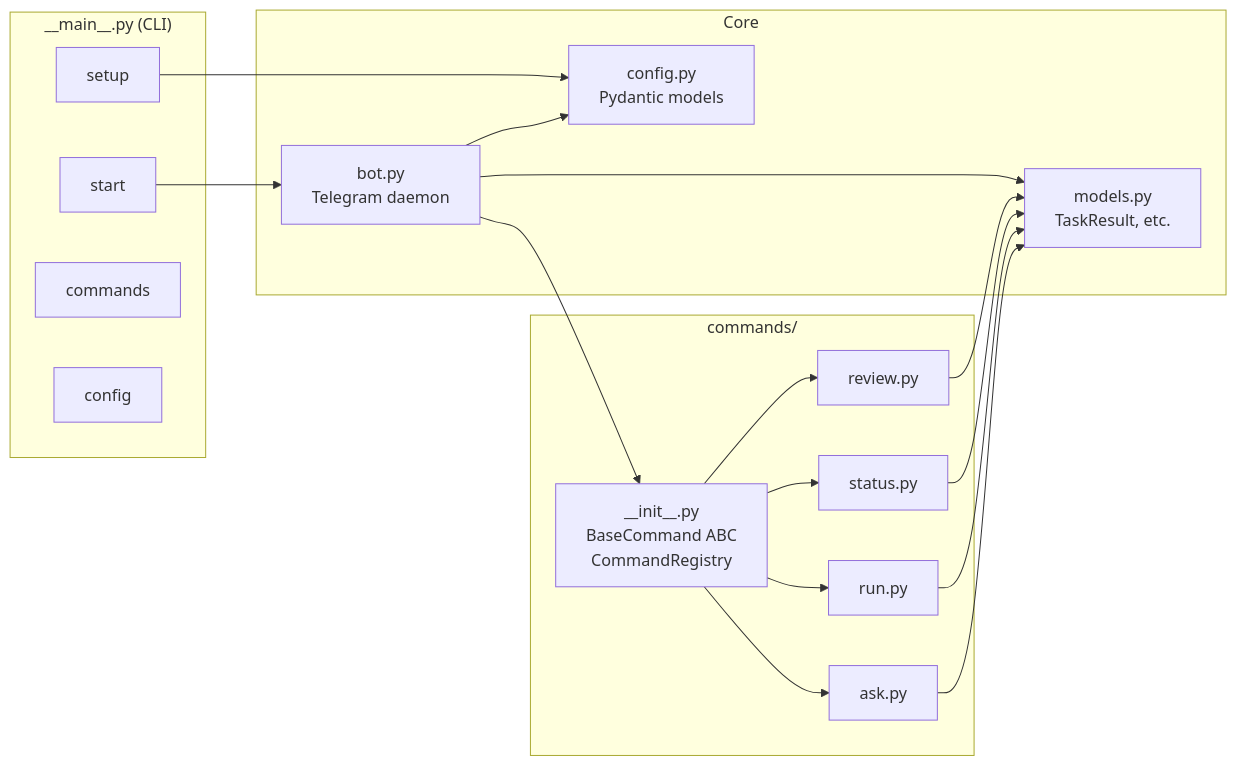
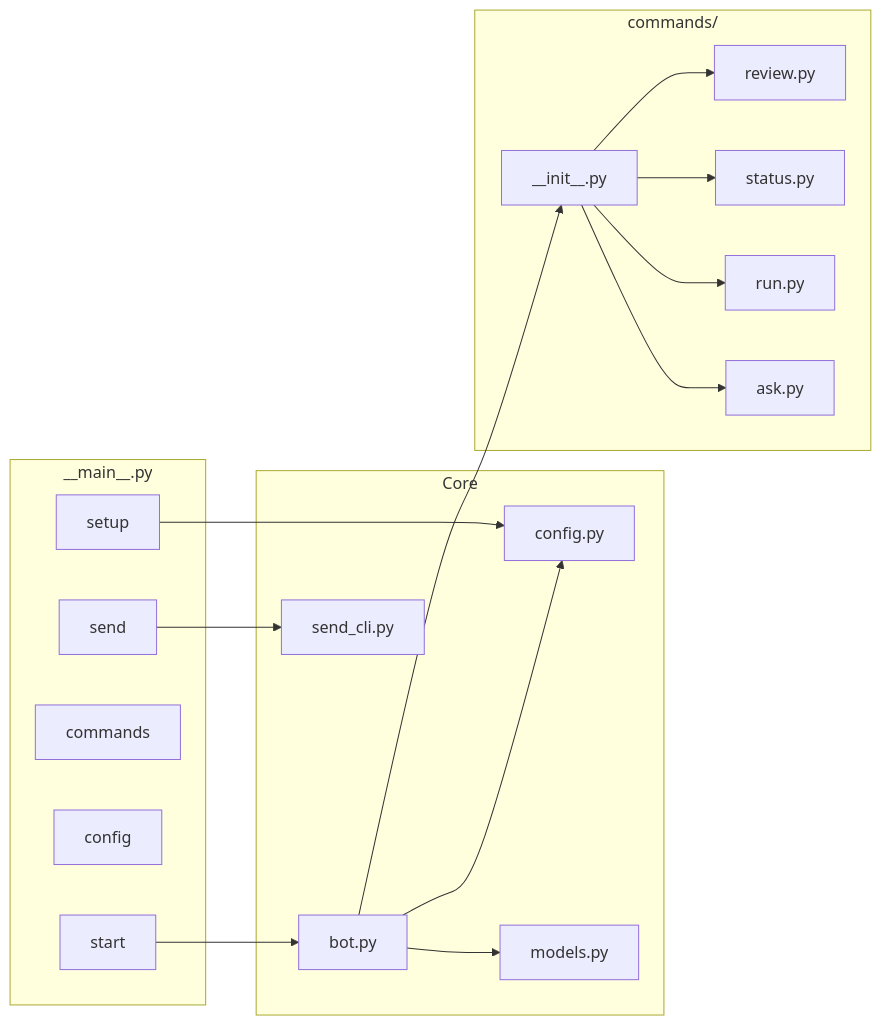
Before and after one commit to geekychris/telegram_runner: the fifth of 11 diagrams in README.md, drawn with Mermaid. The commit also changed other lines of this file, not shown here.

First line of the commit message:
Fix all Mermaid diagrams for GitHub rendering

````diff
--- a/README.md
+++ b/README.md
@@ -509,34 +506,36 @@
 ```mermaid
 graph LR
-    subgraph CLI["__main__.py (CLI)"]
-        START[start]
-        SETUP[setup]
-        CMDS[commands]
-        CFG[config]
+    subgraph CLI["__main__.py"]
+        START["start"]
+        SETUP["setup"]
+        CMDS["commands"]
+        CFG["config"]
+        SEND["send"]
     end
 
     subgraph Core
-        BOT[bot.py<br/>Telegram daemon]
-        CONFIG[config.py<br/>Pydantic models]
-        MODELS[models.py<br/>TaskResult, etc.]
+        BOT["bot.py"]
+        SENDCLI["send_cli.py"]
+        CONFIG["config.py"]
+        MODELS["models.py"]
     end
 
     subgraph CommandFramework["commands/"]
-        INIT["__init__.py<br/>BaseCommand ABC<br/>CommandRegistry"]
-        REVIEW[review.py]
-        STATUS[status.py]
-        RUN_CMD[run.py]
-        ASK_CMD[ask.py]
+        INIT["__init__.py"]
+        REVIEW["review.py"]
+        STATUS["status.py"]
+        RUN_CMD["run.py"]
+        ASK_CMD["ask.py"]
     end
 
     START --> BOT
     SETUP --> CONFIG
+    SEND --> SENDCLI
     BOT --> INIT
     BOT --> CONFIG
     BOT --> MODELS
-    INIT --> REVIEW & STATUS & RUN_CMD & ASK_CMD
-    REVIEW --> MODELS
-    STATUS --> MODELS
-    RUN_CMD --> MODELS
-    ASK_CMD --> MODELS
+    INIT --> REVIEW
+    INIT --> STATUS
+    INIT --> RUN_CMD
+    INIT --> ASK_CMD
 ```
````
